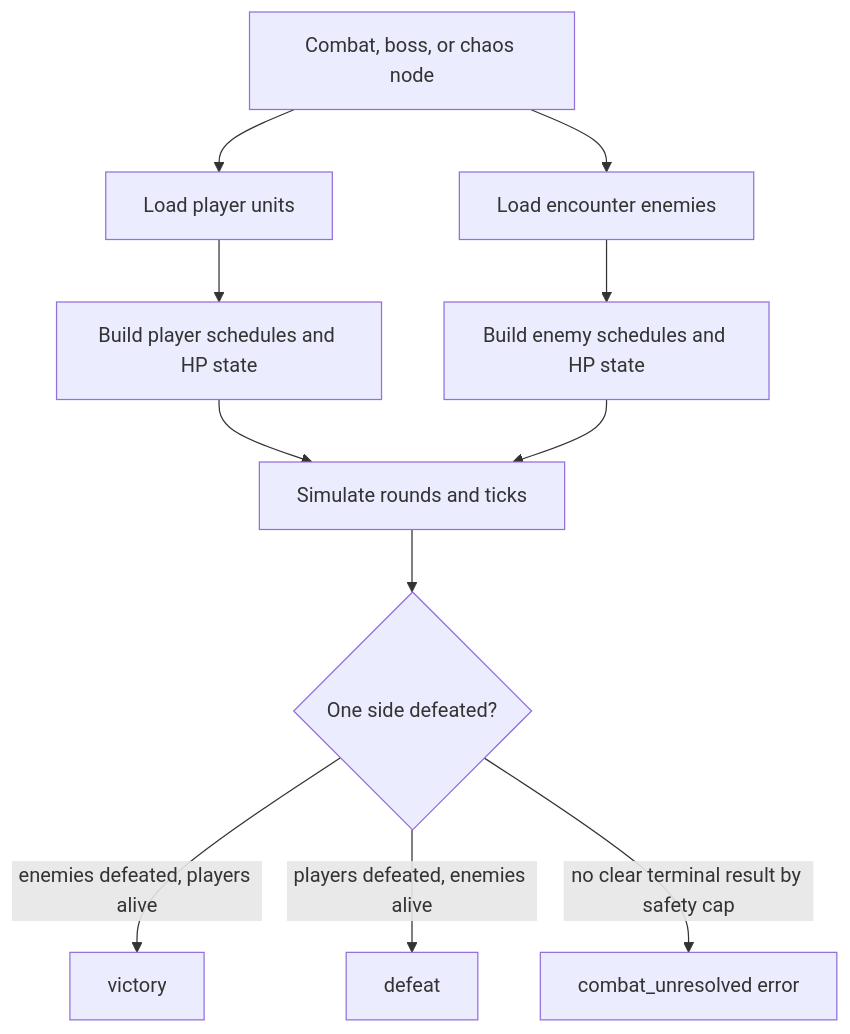
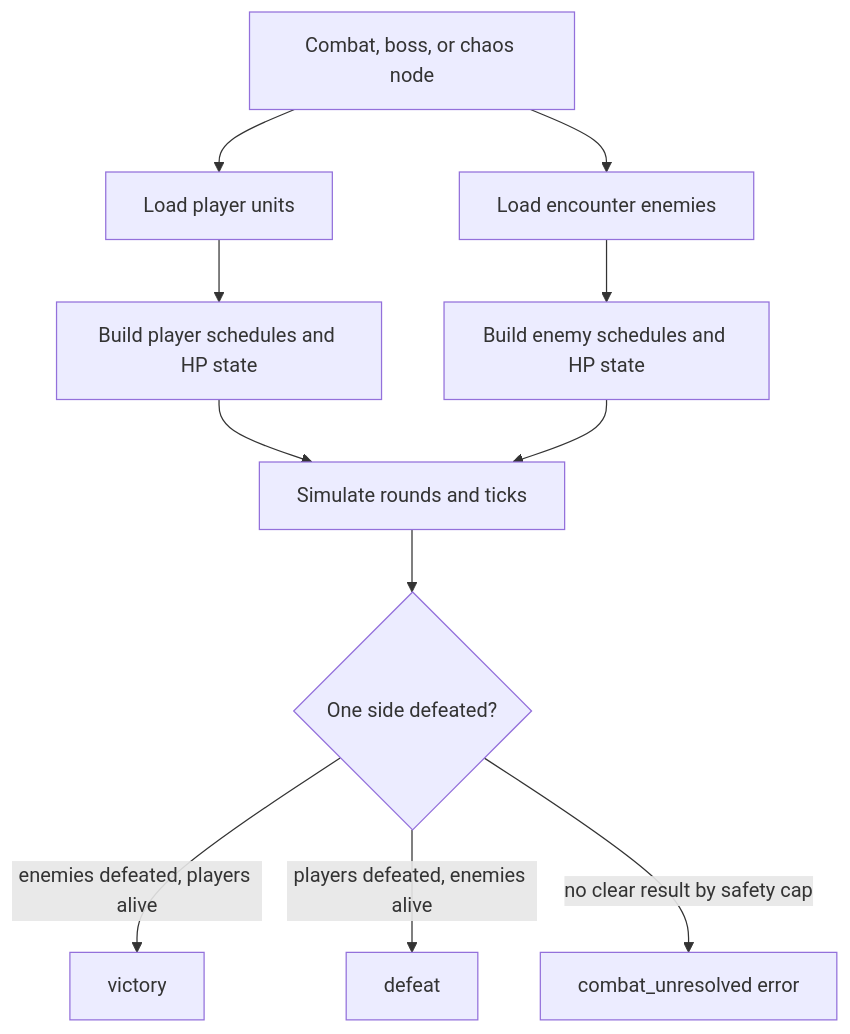
One commit to NickGrant/DiceGoblin changed the second of 3 diagrams in documentation/02-systems/03-combat-resolution.md. Above: the diagram before and after it, drawn with Mermaid. The commit also changed other lines of this file, not shown here.

Commit message:
docs: align combat resolution with dice materials

````diff
--- a/documentation/02-systems/03-combat-resolution.md
+++ b/documentation/02-systems/03-combat-resolution.md
@@ -63,13 +65,13 @@
 ```mermaid
 flowchart TD
   A[Combat, boss, or chaos node] --> B[Load player units]
   A --> C[Load encounter enemies]
   B --> D[Build player schedules and HP state]
   C --> E[Build enemy schedules and HP state]
   D --> F[Simulate rounds and ticks]
   E --> F
   F --> G{One side defeated?}
   G -- enemies defeated, players alive --> H[victory]
   G -- players defeated, enemies alive --> I[defeat]
-  G -- no clear terminal result by safety cap --> J[combat_unresolved error]
+  G -- no clear result by safety cap --> J[combat_unresolved error]
 ```
````
